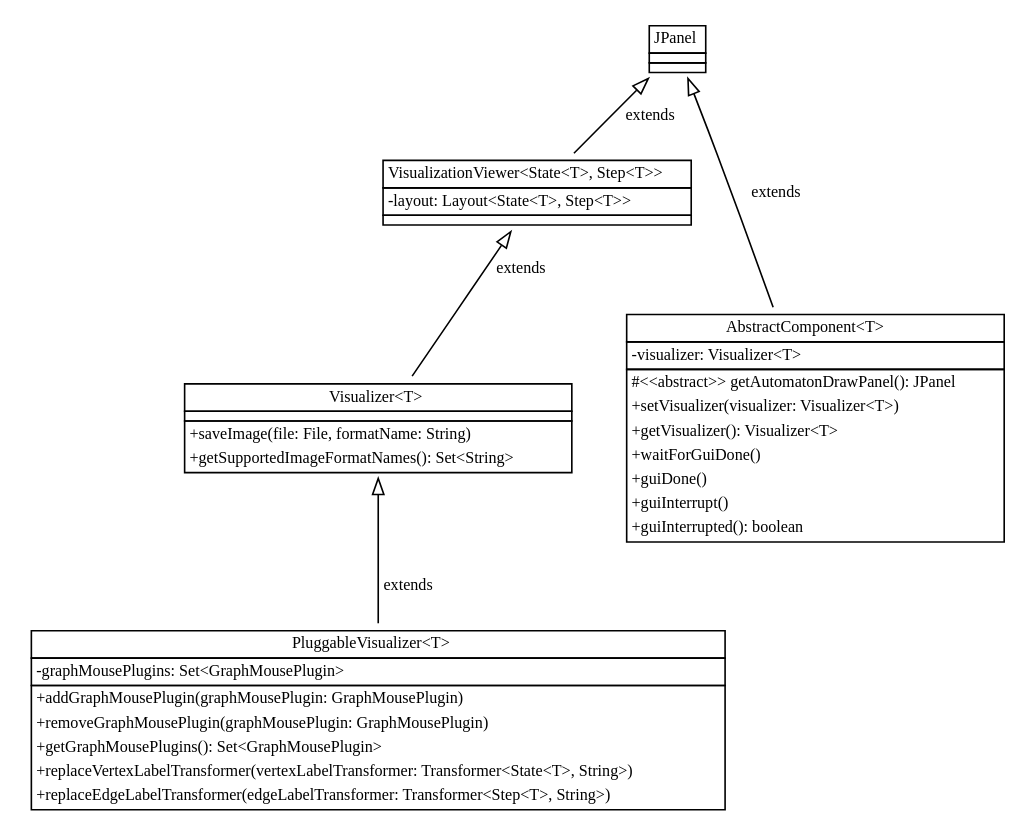
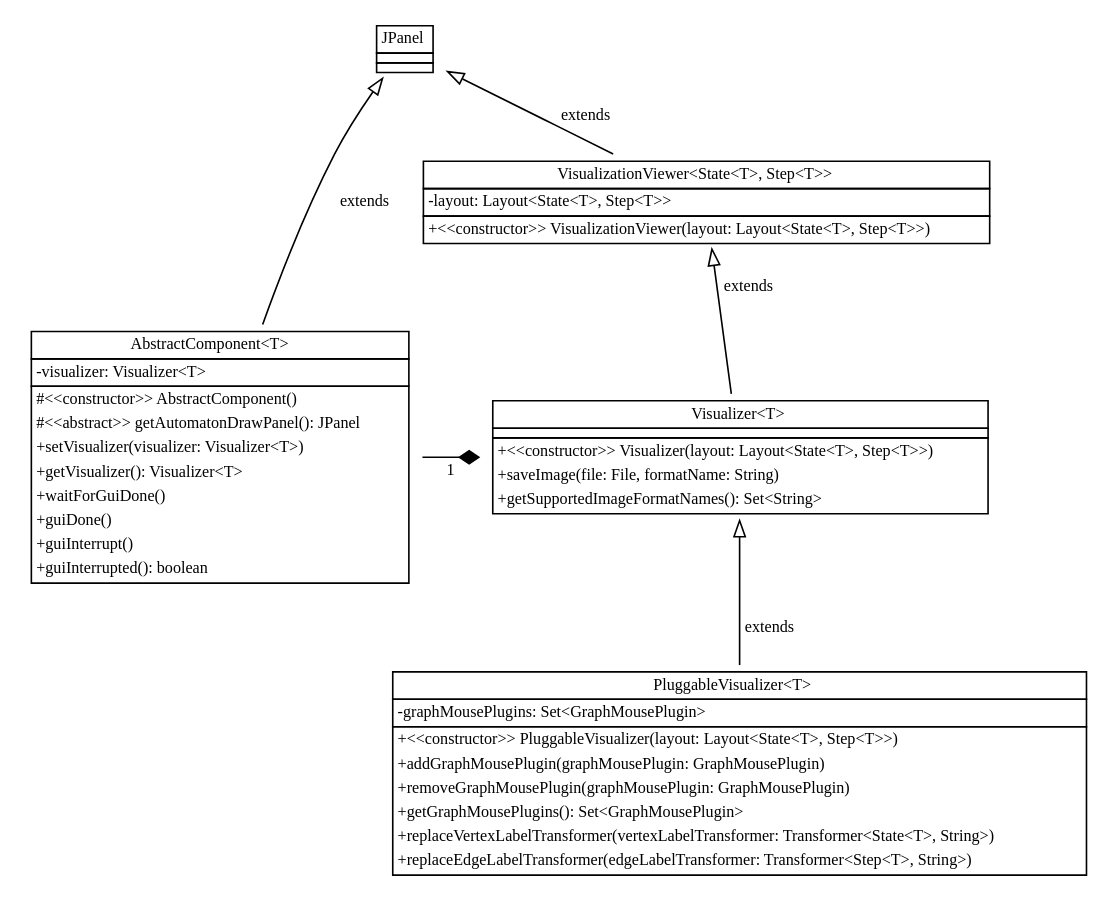
The diagram in doc/jInfer/autoeditor/uml_base_classes.gv (otmarjr/jInfer-fork), drawn with Graphviz before and after one commit. The commit also changed 5 other files, not shown here.

```diff
--- a/doc/jInfer/autoeditor/uml_base_classes.gv
+++ b/doc/jInfer/autoeditor/uml_base_classes.gv
@@ -1,109 +1,118 @@
 digraph uml_basic_full {
 	rankdir = BT;
 	node [shape = rectangle, fontname = "TeXGyrePagella-Regular", fontsize = 10];
 	edge [fontname = "TeXGyrePagella-Regular", fontsize = 10, arrowhead = empty];
 
 {
 	rank = same;
 
 	JPanel [shape = plaintext, label = <
 	<table cellspacing="0" cellborder="1" border="0">
 		<tr><td>
 			<font face="TeXGyrePagella-Bold" point-size="10">JPanel</font>
 		</td></tr>
 		<tr><td></td></tr>
 		<tr><td></td></tr>
 	</table>>];
 }
 
 {
 	rank = same;
 
 	VisualizationViewer [shape = plaintext, label = <
 	<table cellspacing="0" cellborder="1" border="0">
 		<tr><td>
 			<font face="TeXGyrePagella-Bold" point-size="10">VisualizationViewer&lt;State&lt;T&gt;, Step&lt;T&gt;&gt;</font>
 		</td></tr>
 		<tr><td cellpadding="0">
 			<table cellspacing="0" cellborder="0" border="0">
 				<tr><td align="left"><font face="SFTT1000">-layout: Layout&lt;State&lt;T&gt;, Step&lt;T&gt;&gt;</font></td></tr>
 			</table>
 		</td></tr>
-		<tr><td></td></tr>
+		<tr><td cellpadding="0">
+			<table cellspacing="0" cellborder="0" border="0">
+				<tr><td align="left"><font face="SFTT1000">+&lt;&lt;constructor&gt;&gt; VisualizationViewer(layout: Layout&lt;State&lt;T&gt;, Step&lt;T&gt;&gt;) </font></td></tr>
+			</table>
+		</td></tr>
 	</table>>];
 }
 
 {
 	rank = same;
 
 	Visualizer [shape = plaintext, label = <
 	<table cellspacing="0" cellborder="1" border="0">
 		<tr><td>
 			<font face="TeXGyrePagella-Bold" point-size="10">Visualizer&lt;T&gt;</font>
 		</td></tr>
 		<tr><td></td></tr>
 		<tr><td cellpadding="0">
 			<table cellspacing="0" cellborder="0" border="0">
+				<tr><td align="left"><font face="SFTT1000">+&lt;&lt;constructor&gt;&gt; Visualizer(layout: Layout&lt;State&lt;T&gt;, Step&lt;T&gt;&gt;) </font></td></tr>
 				<tr><td align="left"><font face="SFTT1000">+saveImage(file: File, formatName: String)</font></td></tr>
 				<tr><td align="left"><font face="SFTT1000">+getSupportedImageFormatNames(): Set&lt;String&gt;</font></td></tr>
 			</table>
 		</td></tr>
 	</table>>];
 	
 	AbstractComponent [shape = plaintext, label = <
 	<table cellspacing="0" cellborder="1" border="0">
 		<tr><td>
 			<font face="TeXGyrePagella-BoldItalic" point-size="10">AbstractComponent&lt;T&gt;</font>
 		</td></tr>
 		<tr><td cellpadding="0">
 			<table cellspacing="0" cellborder="0" border="0">
 				<tr><td align="left"><font face="SFTT1000">-visualizer: Visualizer&lt;T&gt;</font></td></tr>
 			</table>
 		</td></tr>
 		<tr><td cellpadding="0">
 			<table cellspacing="0" cellborder="0" border="0">
+				<tr><td align="left"><font face="SFTT1000">#&lt;&lt;constructor&gt;&gt; AbstractComponent()</font></td></tr>
 				<tr><td align="left"><font face="SFTT1000">#&lt;&lt;abstract&gt;&gt; getAutomatonDrawPanel(): JPanel</font></td></tr>
 				<tr><td align="left"><font face="SFTT1000">+setVisualizer(visualizer: Visualizer&lt;T&gt;)</font></td></tr>
 				<tr><td align="left"><font face="SFTT1000">+getVisualizer(): Visualizer&lt;T&gt;</font></td></tr>
 				<tr><td align="left"><font face="SFTT1000">+waitForGuiDone()</font></td></tr>
 				<tr><td align="left"><font face="SFTT1000">+guiDone()</font></td></tr>
 				<tr><td align="left"><font face="SFTT1000">+guiInterrupt()</font></td></tr>
 				<tr><td align="left"><font face="SFTT1000">+guiInterrupted(): boolean</font></td></tr>
 			</table>
 		</td></tr>
 	</table>>];
 }
 
 {
 	rank = same;
 
 	PluggableVisualizer [shape = plaintext, label = <
 	<table cellspacing="0" cellborder="1" border="0">
 		<tr><td>
 			<font face="TeXGyrePagella-Bold" point-size="10">PluggableVisualizer&lt;T&gt;</font>
 		</td></tr>
 		<tr><td cellpadding="0">
 			<table cellspacing="0" cellborder="0" border="0">
 				<tr><td align="left"><font face="SFTT1000">-graphMousePlugins: Set&lt;GraphMousePlugin&gt;</font></td></tr>
 			</table>
 		</td></tr>
 		<tr><td cellpadding="0">
 			<table cellspacing="0" cellborder="0" border="0">
+				<tr><td align="left"><font face="SFTT1000">+&lt;&lt;constructor&gt;&gt; PluggableVisualizer(layout: Layout&lt;State&lt;T&gt;, Step&lt;T&gt;&gt;) </font></td></tr>
 				<tr><td align="left"><font face="SFTT1000">+addGraphMousePlugin(graphMousePlugin: GraphMousePlugin)</font></td></tr>
 				<tr><td align="left"><font face="SFTT1000">+removeGraphMousePlugin(graphMousePlugin: GraphMousePlugin)</font></td></tr>
 				<tr><td align="left"><font face="SFTT1000">+getGraphMousePlugins(): Set&lt;GraphMousePlugin&gt;</font></td></tr>
 				<tr><td align="left"><font face="SFTT1000">+replaceVertexLabelTransformer(vertexLabelTransformer: Transformer&lt;State&lt;T&gt;, String&gt;)</font></td></tr>
 				<tr><td align="left"><font face="SFTT1000">+replaceEdgeLabelTransformer(edgeLabelTransformer: Transformer&lt;Step&lt;T&gt;, String&gt;)</font></td></tr>
 			</table>
 		</td></tr>
 	</table>>];
 }
 
 AbstractComponent -> JPanel [label = "extends"];
 VisualizationViewer -> JPanel [label = "extends"];
 
 Visualizer -> VisualizationViewer [label = "extends"];
 
 PluggableVisualizer -> Visualizer [label = "extends"];
 
+
+AbstractComponent -> Visualizer [label = "1" arrowhead = diamond];
 }
```
